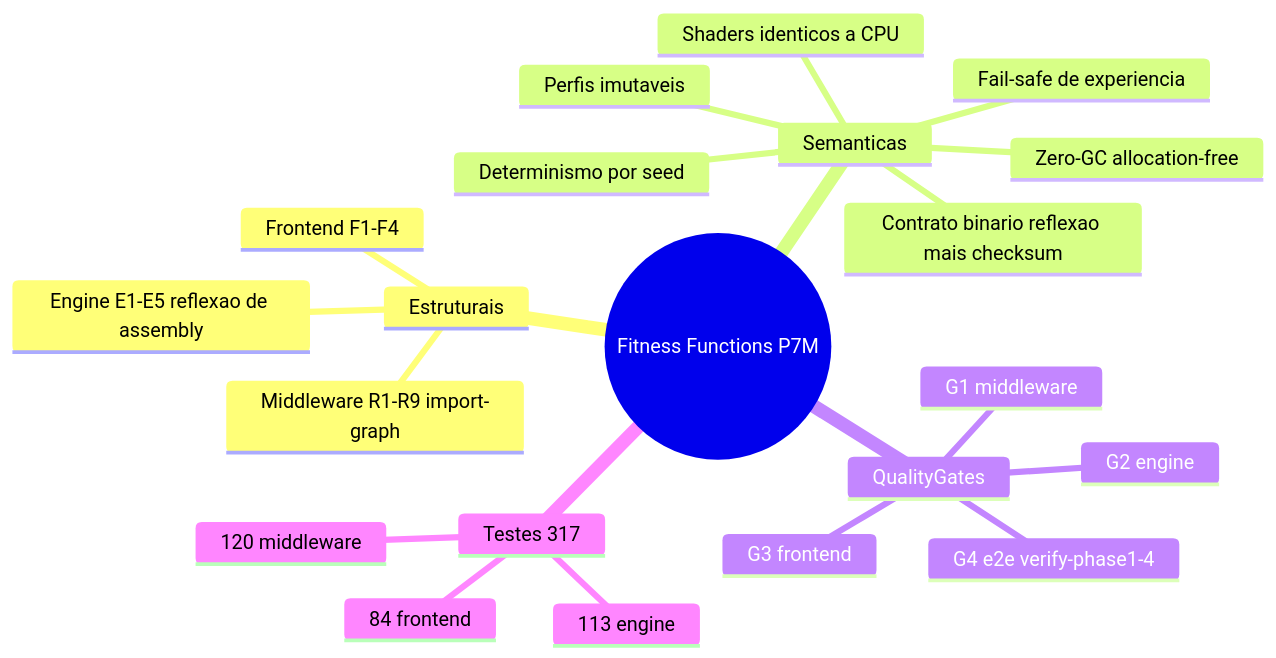
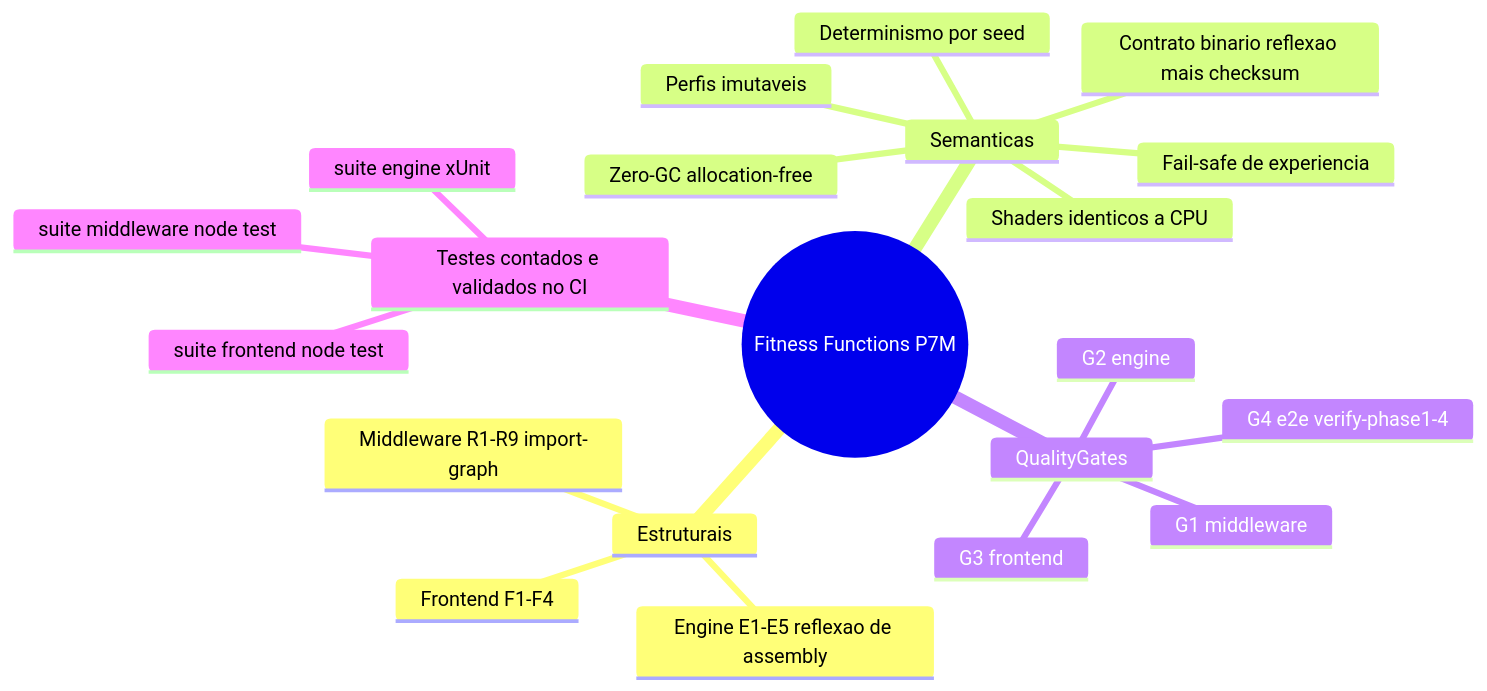
Before and after one commit to flaviotinococoutinho/Gridsmith: the third of 5 diagrams in docs/GOVERNANCE.md, drawn with Mermaid. The commit also changed other lines of this file and 7 other files, not shown here.

````diff
--- a/docs/GOVERNANCE.md
+++ b/docs/GOVERNANCE.md
@@ -111,24 +111,24 @@
 ```mermaid
 mindmap
   root(("Fitness Functions P7M"))
     Estruturais
       Middleware R1-R9 import-graph
       Frontend F1-F4
       Engine E1-E5 reflexao de assembly
     Semanticas
       Zero-GC allocation-free
       Determinismo por seed
       Contrato binario reflexao mais checksum
       Shaders identicos a CPU
       Perfis imutaveis
       Fail-safe de experiencia
     QualityGates
       G1 middleware
       G2 engine
       G3 frontend
       G4 e2e verify-phase1-4
-    Testes 317
-      113 engine
-      120 middleware
-      84 frontend
+    Testes contados e validados no CI
+      suite engine xUnit
+      suite middleware node test
+      suite frontend node test
 ```
````
